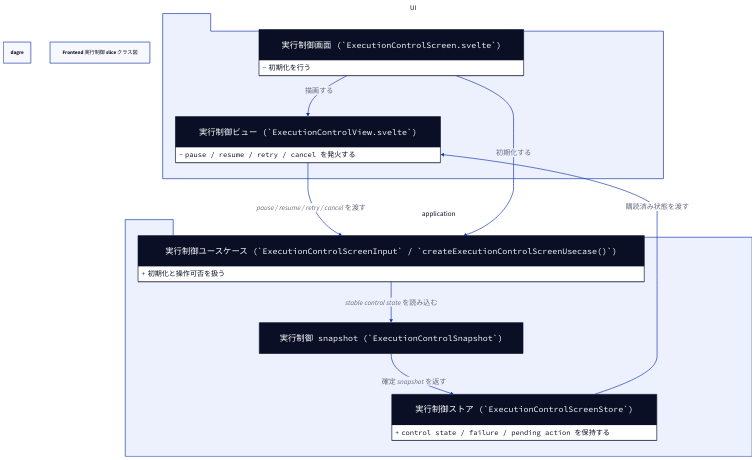
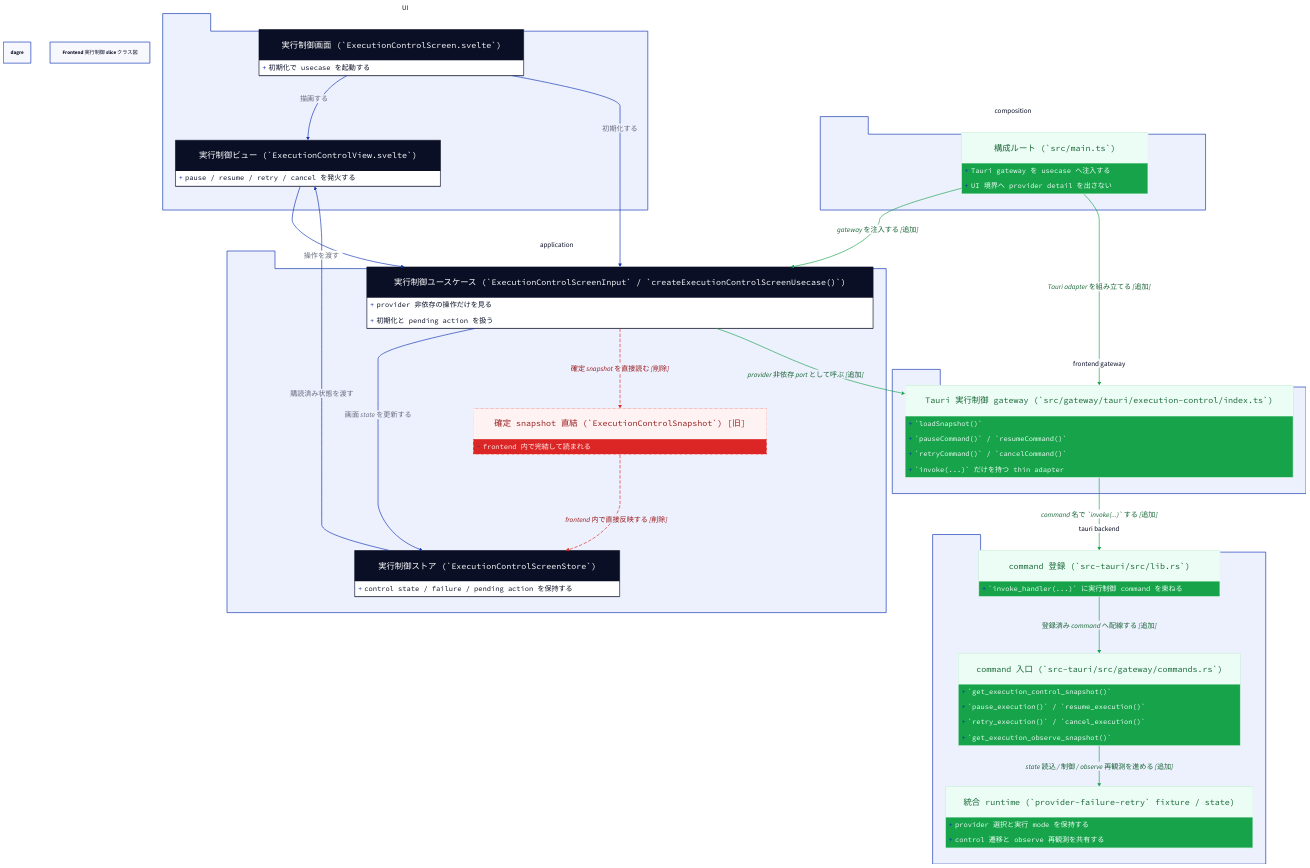
The diagram in 4humans/diagrams/structures/frontend-execution-control-slice-class-diagram.d2 (ishibata91/AITranslationEngineJP), drawn with D2 before and after one commit. The commit also changed 43 other files, not shown here.

```diff
--- a/4humans/diagrams/structures/frontend-execution-control-slice-class-diagram.d2
+++ b/4humans/diagrams/structures/frontend-execution-control-slice-class-diagram.d2
@@ -1,73 +1,198 @@
 layout: dagre
 direction: down
 
 title: "Frontend 実行制御 slice クラス図"
 
 ui: {
   shape: package
   label: "UI"
   direction: down
   style.font-size: 22
 
   screen: {
     shape: class
     label: "実行制御画面 (`ExecutionControlScreen.svelte`)"
-    "- 初期化を行う": ""
+    "+ 初期化で usecase を起動する": ""
     style.font-size: 22
   }
 
   view: {
     shape: class
     label: "実行制御ビュー (`ExecutionControlView.svelte`)"
-    "- pause / resume / retry / cancel を発火する": ""
+    "+ pause / resume / retry / cancel を発火する": ""
     style.font-size: 22
   }
 
-  screen -> view: 描画する {
+  screen -> view: "描画する" {
     style.font-size: 22
   }
 }
 
 application: {
   shape: package
   label: "application"
   direction: down
   style.font-size: 22
 
   usecase: {
     shape: class
     label: "実行制御ユースケース (`ExecutionControlScreenInput` / `createExecutionControlScreenUsecase()`)"
-    "+ 初期化と操作可否を扱う": ""
-    style.font-size: 22
-  }
-
-  snapshot: {
-    shape: class
-    label: "実行制御 snapshot (`ExecutionControlSnapshot`)"
+    "+ provider 非依存の操作だけを見る": ""
+    "+ 初期化と pending action を扱う": ""
     style.font-size: 22
   }
 
   store: {
     shape: class
     label: "実行制御ストア (`ExecutionControlScreenStore`)"
     "+ control state / failure / pending action を保持する": ""
     style.font-size: 22
   }
 
-  snapshot -> store: 確定 snapshot を返す {
+  legacySnapshot: {
+    shape: class
+    label: "確定 snapshot 直結 (`ExecutionControlSnapshot`) [旧]"
+    "- frontend 内で完結して読まれる": ""
     style.font-size: 22
+    style.fill: "#fef2f2"
+    style.stroke: "#dc2626"
+    style.font-color: "#991b1b"
+    style.stroke-dash: 4
   }
 }
 
-ui.view -> application.usecase: pause / resume / retry / cancel を渡す {
+composition: {
+  shape: package
+  label: "composition"
+  direction: down
+  style.font-size: 22
+
+  main: {
+    shape: class
+    label: "構成ルート (`src/main.ts`)"
+    "+ Tauri gateway を usecase へ注入する": ""
+    "+ UI 境界へ provider detail を出さない": ""
+    style.font-size: 22
+    style.fill: "#ecfdf5"
+    style.stroke: "#16a34a"
+    style.font-color: "#166534"
+  }
+}
+
+gateway: {
+  shape: package
+  label: "frontend gateway"
+  direction: down
+  style.font-size: 22
+
+  tauriGateway: {
+    shape: class
+    label: "Tauri 実行制御 gateway (`src/gateway/tauri/execution-control/index.ts`)"
+    "+ `loadSnapshot()`": ""
+    "+ `pauseCommand()` / `resumeCommand()`": ""
+    "+ `retryCommand()` / `cancelCommand()`": ""
+    "+ `invoke(...)` だけを持つ thin adapter": ""
+    style.font-size: 22
+    style.fill: "#ecfdf5"
+    style.stroke: "#16a34a"
+    style.font-color: "#166534"
+  }
+}
+
+backend: {
+  shape: package
+  label: "tauri backend"
+  direction: down
+  style.font-size: 22
+
+  lib: {
+    shape: class
+    label: "command 登録 (`src-tauri/src/lib.rs`)"
+    "+ `invoke_handler(...)` に実行制御 command を束ねる": ""
+    style.font-size: 22
+    style.fill: "#ecfdf5"
+    style.stroke: "#16a34a"
+    style.font-color: "#166534"
+  }
+
+  commands: {
+    shape: class
+    label: "command 入口 (`src-tauri/src/gateway/commands.rs`)"
+    "+ `get_execution_control_snapshot()`": ""
+    "+ `pause_execution()` / `resume_execution()`": ""
+    "+ `retry_execution()` / `cancel_execution()`": ""
+    "+ `get_execution_observe_snapshot()`": ""
+    style.font-size: 22
+    style.fill: "#ecfdf5"
+    style.stroke: "#16a34a"
+    style.font-color: "#166534"
+  }
+
+  runtime: {
+    shape: class
+    label: "統合 runtime (`provider-failure-retry` fixture / state)"
+    "+ provider 選択と実行 mode を保持する": ""
+    "+ control 遷移と observe 再観測を共有する": ""
+    style.font-size: 22
+    style.fill: "#ecfdf5"
+    style.stroke: "#16a34a"
+    style.font-color: "#166534"
+  }
+}
+
+ui.view -> application.usecase: "操作を渡す" {
   style.font-size: 22
 }
-ui.screen -> application.usecase: 初期化する {
+ui.screen -> application.usecase: "初期化する" {
   style.font-size: 22
 }
-application.usecase -> application.snapshot: stable control state を読み込む {
+application.usecase -> application.store: "画面 state を更新する" {
   style.font-size: 22
 }
-application.store -> ui.view: 購読済み状態を渡す {
+application.store -> ui.view: "購読済み状態を渡す" {
   style.font-size: 22
 }
+
+application.usecase -> application.legacySnapshot: "確定 snapshot を直接読む [削除]" {
+  style.font-size: 22
+  style.stroke: "#dc2626"
+  style.font-color: "#991b1b"
+  style.stroke-dash: 4
+}
+application.legacySnapshot -> application.store: "frontend 内で直接反映する [削除]" {
+  style.font-size: 22
+  style.stroke: "#dc2626"
+  style.font-color: "#991b1b"
+  style.stroke-dash: 4
+}
+
+composition.main -> application.usecase: "gateway を注入する [追加]" {
+  style.font-size: 22
+  style.stroke: "#16a34a"
+  style.font-color: "#166534"
+}
+composition.main -> gateway.tauriGateway: "Tauri adapter を組み立てる [追加]" {
+  style.font-size: 22
+  style.stroke: "#16a34a"
+  style.font-color: "#166534"
+}
+application.usecase -> gateway.tauriGateway: "provider 非依存 port として呼ぶ [追加]" {
+  style.font-size: 22
+  style.stroke: "#16a34a"
+  style.font-color: "#166534"
+}
+gateway.tauriGateway -> backend.lib: "command 名で `invoke(...)` する [追加]" {
+  style.font-size: 22
+  style.stroke: "#16a34a"
+  style.font-color: "#166534"
+}
+backend.lib -> backend.commands: "登録済み command へ配線する [追加]" {
+  style.font-size: 22
+  style.stroke: "#16a34a"
+  style.font-color: "#166534"
+}
+backend.commands -> backend.runtime: "state 読込 / 制御 / observe 再観測を進める [追加]" {
+  style.font-size: 22
+  style.stroke: "#16a34a"
+  style.font-color: "#166534"
+}
```
